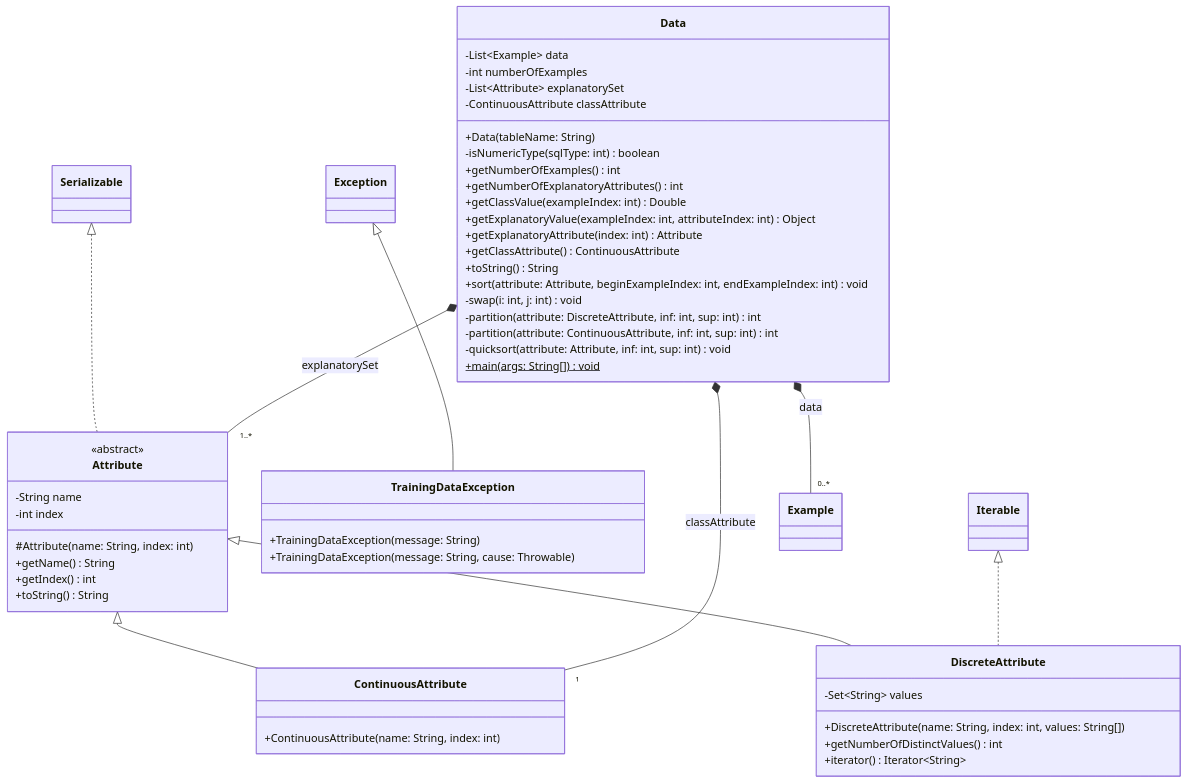
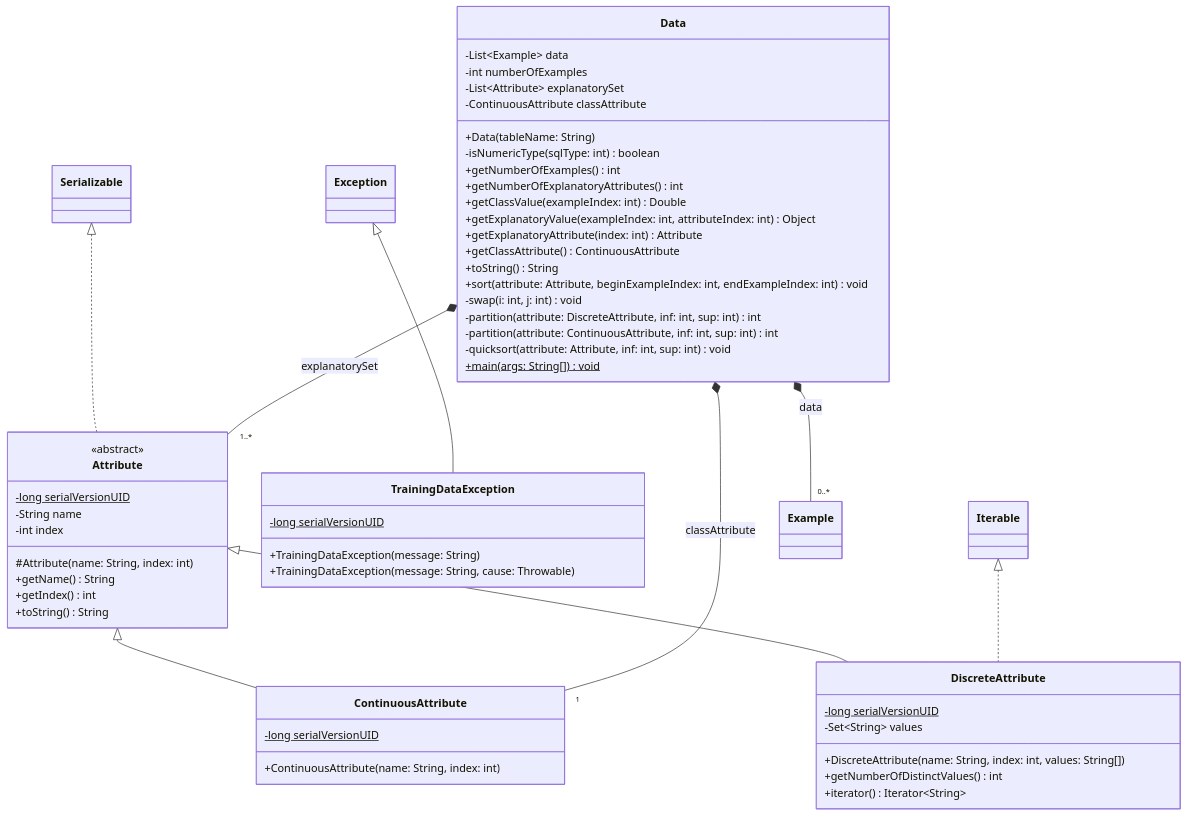
Before and after one commit to MarcoDiana/Albero_di_regressione: the second of 11 diagrams in docs/architettura-uml-oop.md, drawn with Mermaid. The commit also changed other lines of this file and 222 other files, not shown here.

Commit message:
docs: allineamento completo documentazione, diagrammi UML, PDF e javadoc aggregato

````diff
--- a/docs/architettura-uml-oop.md
+++ b/docs/architettura-uml-oop.md
@@ -35,59 +35,63 @@
 ```mermaid
 classDiagram
     class Attribute {
         <<abstract>>
+        -long serialVersionUID$
         -String name
         -int index
         #Attribute(name: String, index: int)
         +getName() String
         +getIndex() int
         +toString() String
     }
 
     class ContinuousAttribute {
+        -long serialVersionUID$
         +ContinuousAttribute(name: String, index: int)
     }
 
     class DiscreteAttribute {
+        -long serialVersionUID$
         -Set~String~ values
         +DiscreteAttribute(name: String, index: int, values: String[])
         +getNumberOfDistinctValues() int
         +iterator() Iterator~String~
     }
 
     class Data {
         -List~Example~ data
         -int numberOfExamples
         -List~Attribute~ explanatorySet
         -ContinuousAttribute classAttribute
         +Data(tableName: String)
         -isNumericType(sqlType: int) boolean
         +getNumberOfExamples() int
         +getNumberOfExplanatoryAttributes() int
         +getClassValue(exampleIndex: int) Double
         +getExplanatoryValue(exampleIndex: int, attributeIndex: int) Object
         +getExplanatoryAttribute(index: int) Attribute
         +getClassAttribute() ContinuousAttribute
         +toString() String
         +sort(attribute: Attribute, beginExampleIndex: int, endExampleIndex: int) void
         -swap(i: int, j: int) void
         -partition(attribute: DiscreteAttribute, inf: int, sup: int) int
         -partition(attribute: ContinuousAttribute, inf: int, sup: int) int
         -quicksort(attribute: Attribute, inf: int, sup: int) void
         +main(args: String[])$ void
     }
 
     class TrainingDataException {
+        -long serialVersionUID$
         +TrainingDataException(message: String)
         +TrainingDataException(message: String, cause: Throwable)
     }
 
     Attribute <|-- ContinuousAttribute
     Attribute <|-- DiscreteAttribute
     Iterable <|.. DiscreteAttribute
     Serializable <|.. Attribute
     Exception <|-- TrainingDataException
     Data *-- "0..*" Example : data
     Data *-- "1..*" Attribute : explanatorySet
     Data *-- "1" ContinuousAttribute : classAttribute
 ```
````
